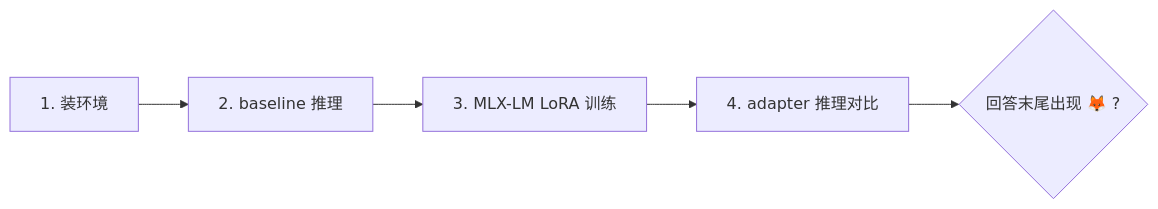
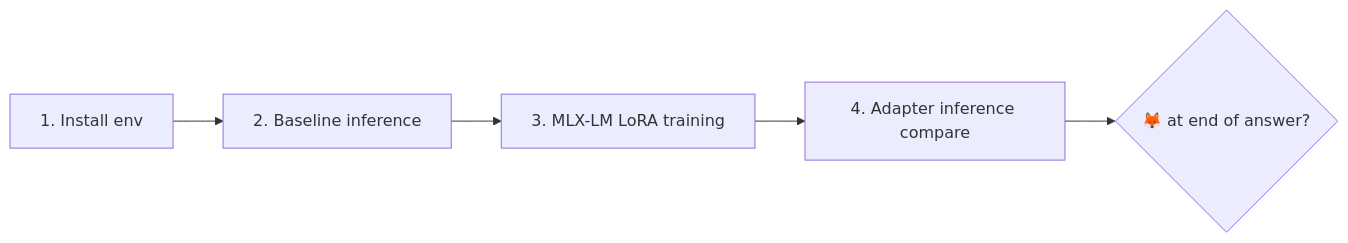
One commit to AndyUneducated/alchemy changed the diagram in play/sft_hello/README.md. Above: the diagram before and after it, drawn with Mermaid. The commit also changed other lines of this file and 197 other files, not shown here.

````diff
--- a/play/sft_hello/README.md
+++ b/play/sft_hello/README.md
@@ -20,7 +20,7 @@
 ```mermaid
 flowchart LR
-    env["1. 装环境"] --> before["2. baseline 推理"]
-    before --> train["3. MLX-LM LoRA 训练"]
-    train --> after["4. adapter 推理对比"]
-    after --> ok{"回答末尾出现 🦊 ?"}
+    env["1. Install env"] --> before["2. Baseline inference"]
+    before --> train["3. MLX-LM LoRA training"]
+    train --> after["4. Adapter inference compare"]
+    after --> ok{"🦊 at end of answer?"}
 ```
````
